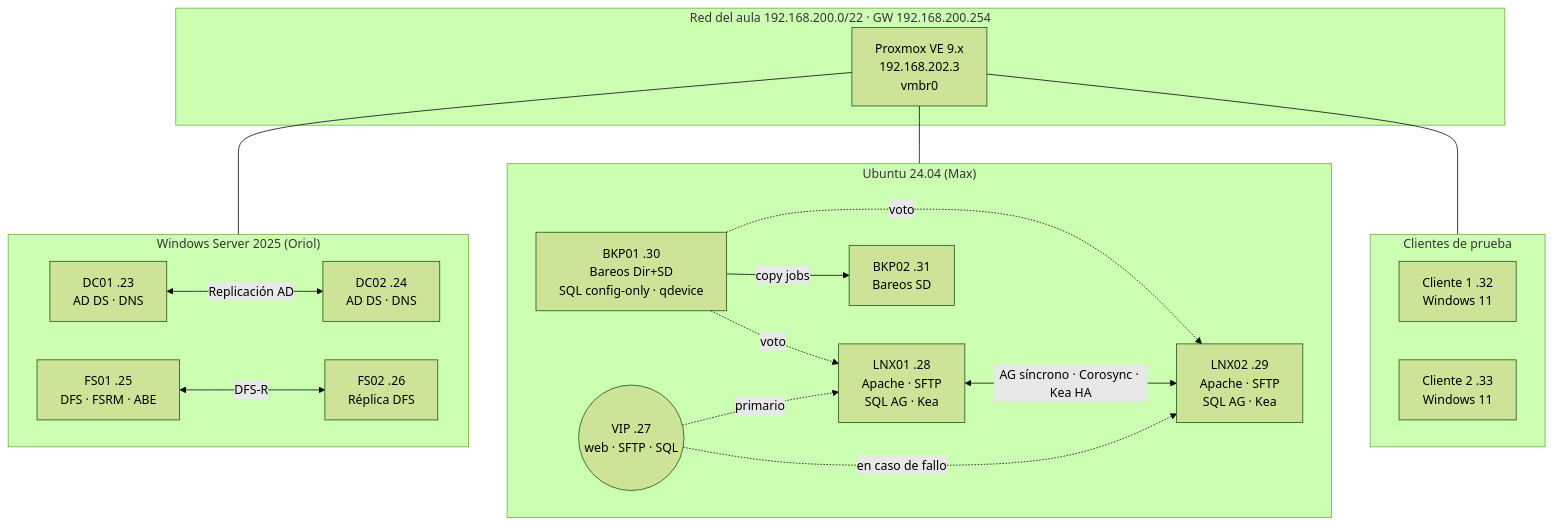
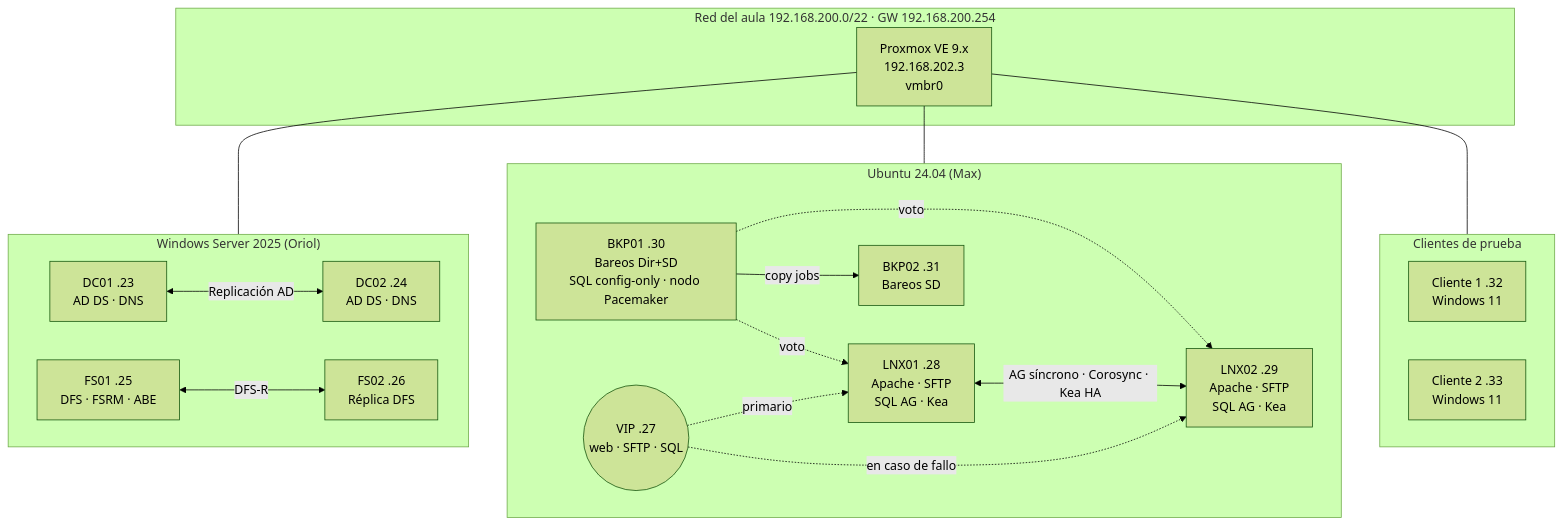
One commit to OriolMartinASIX1A/ProjecteFinalMaxOriol changed the diagram in docs/fase1/01-documento-diseno.md. Above: the diagram before and after it, drawn with Mermaid (forest theme). The commit also changed other lines of this file and 7 other files, not shown here.

````diff
--- a/docs/fase1/01-documento-diseno.md
+++ b/docs/fase1/01-documento-diseno.md
@@ -174,39 +176,39 @@
 ```mermaid
 flowchart TB
     subgraph AULA["Red del aula 192.168.200.0/22 · GW 192.168.200.254"]
         PVE["Proxmox VE 9.x<br/>192.168.202.3<br/>vmbr0"]
     end
 
     subgraph WIN["Windows Server 2025 (Oriol)"]
         DC01["DC01 .23<br/>AD DS · DNS"]
         DC02["DC02 .24<br/>AD DS · DNS"]
         FS01["FS01 .25<br/>DFS · FSRM · ABE"]
         FS02["FS02 .26<br/>Réplica DFS"]
     end
 
     subgraph LNX["Ubuntu 24.04 (Max)"]
         VIP(("VIP .27<br/>web · SFTP · SQL"))
         LNX01["LNX01 .28<br/>Apache · SFTP<br/>SQL AG · Kea"]
         LNX02["LNX02 .29<br/>Apache · SFTP<br/>SQL AG · Kea"]
-        BKP01["BKP01 .30<br/>Bareos Dir+SD<br/>SQL config-only · qdevice"]
+        BKP01["BKP01 .30<br/>Bareos Dir+SD<br/>SQL config-only · nodo Pacemaker"]
         BKP02["BKP02 .31<br/>Bareos SD"]
     end
 
     subgraph CLI["Clientes de prueba"]
         C1["Cliente 1 .32<br/>Windows 11"]
         C2["Cliente 2 .33<br/>Windows 11"]
     end
 
     PVE --- WIN
     PVE --- LNX
     PVE --- CLI
 
     DC01 <-->|Replicación AD| DC02
     FS01 <-->|DFS-R| FS02
     VIP -.->|primario| LNX01
     VIP -.->|en caso de fallo| LNX02
     LNX01 <-->|AG síncrono · Corosync · Kea HA| LNX02
     BKP01 -.->|voto| LNX01
     BKP01 -.->|voto| LNX02
     BKP01 -->|copy jobs| BKP02
 ```
````
